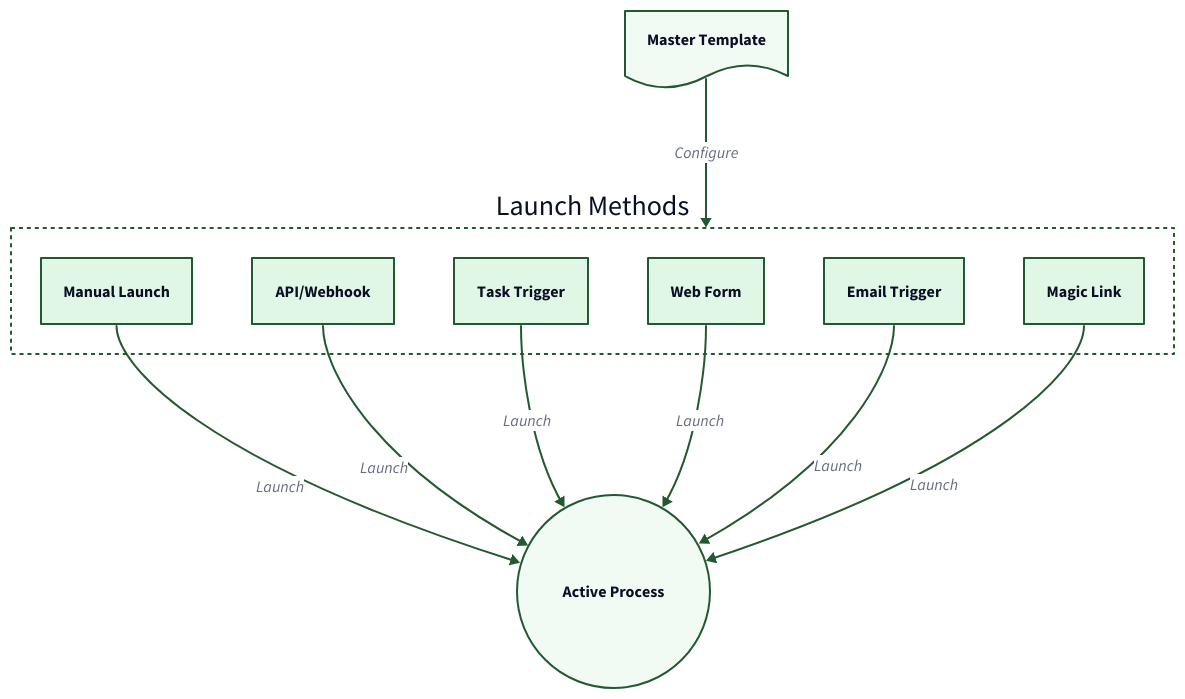
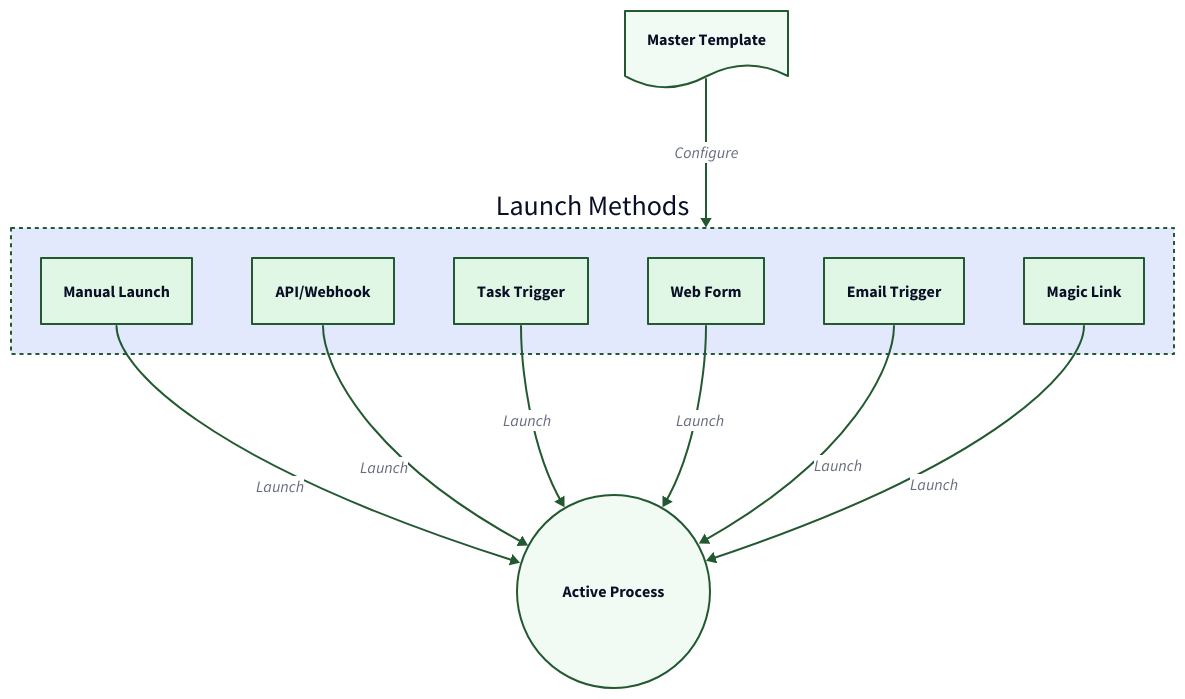
The diagram in src/content/docs/pro/launching/index.mdx (tallyfy/documentation), drawn with D2 before and after one commit. The commit also changed 66 other files, not shown here.

````diff
--- a/src/content/docs/pro/launching/index.mdx
+++ b/src/content/docs/pro/launching/index.mdx
@@ -57,76 +57,75 @@
 ```d2
 # Process Launch Methods
 direction: down
 
 # Template Source
 Template: Master Template {
   shape: document
   style.fill: "#f2faf4"
   style.stroke: "#225930"
   style.stroke-width: 2
 }
 
 # Launch Methods Group
 Launch Methods: {
-  style.fill: "#ffffff"
   style.stroke: "#225930"
   style.stroke-dash: 2
   
   Manual: Manual Launch {
     style.fill: "#e1f7e6"
     style.stroke: "#225930"
   }
   API: API/Webhook {
     style.fill: "#e1f7e6"
     style.stroke: "#225930"
   }
   Task: Task Trigger {
     style.fill: "#e1f7e6"
     style.stroke: "#225930"
   }
   Form: Web Form {
     style.fill: "#e1f7e6"
     style.stroke: "#225930"
   }
   Email: Email Trigger {
     style.fill: "#e1f7e6"
     style.stroke: "#225930"
   }
   Magic: Magic Link {
     style.fill: "#e1f7e6"
     style.stroke: "#225930"
   }
 }
 
 # Result
 Process: Active Process {
   shape: circle
   style.fill: "#f2faf4"
   style.stroke: "#225930"
   style.stroke-width: 2
 }
 
 # Connections
 Template -> Launch Methods: Configure {
   style.stroke: "#225930"
   style.stroke-width: 2
 }
 Launch Methods.Manual -> Process: Launch {
   style.stroke: "#225930"
 }
 Launch Methods.API -> Process: Launch {
   style.stroke: "#225930"
 }
 Launch Methods.Task -> Process: Launch {
   style.stroke: "#225930"
 }
 Launch Methods.Form -> Process: Launch {
   style.stroke: "#225930"
 }
 Launch Methods.Email -> Process: Launch {
   style.stroke: "#225930"
 }
 Launch Methods.Magic -> Process: Launch {
   style.stroke: "#225930"
 }
 ```
````
